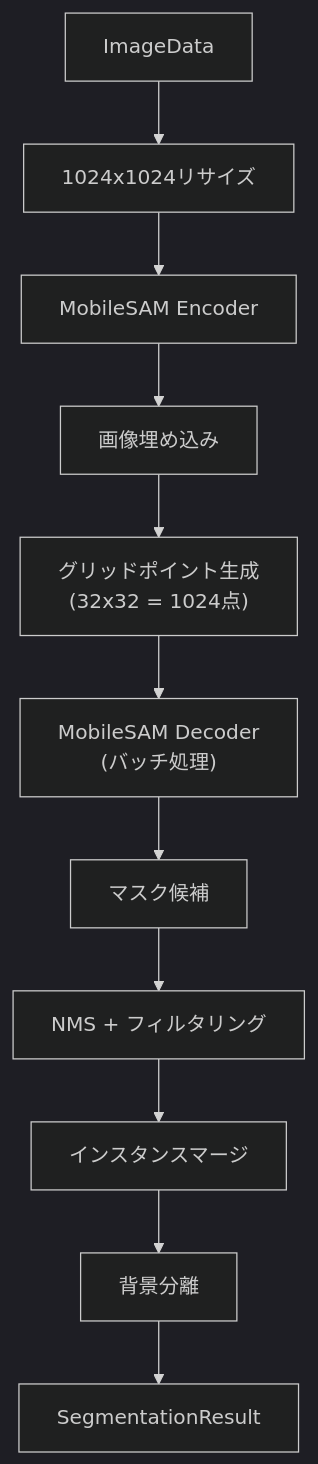
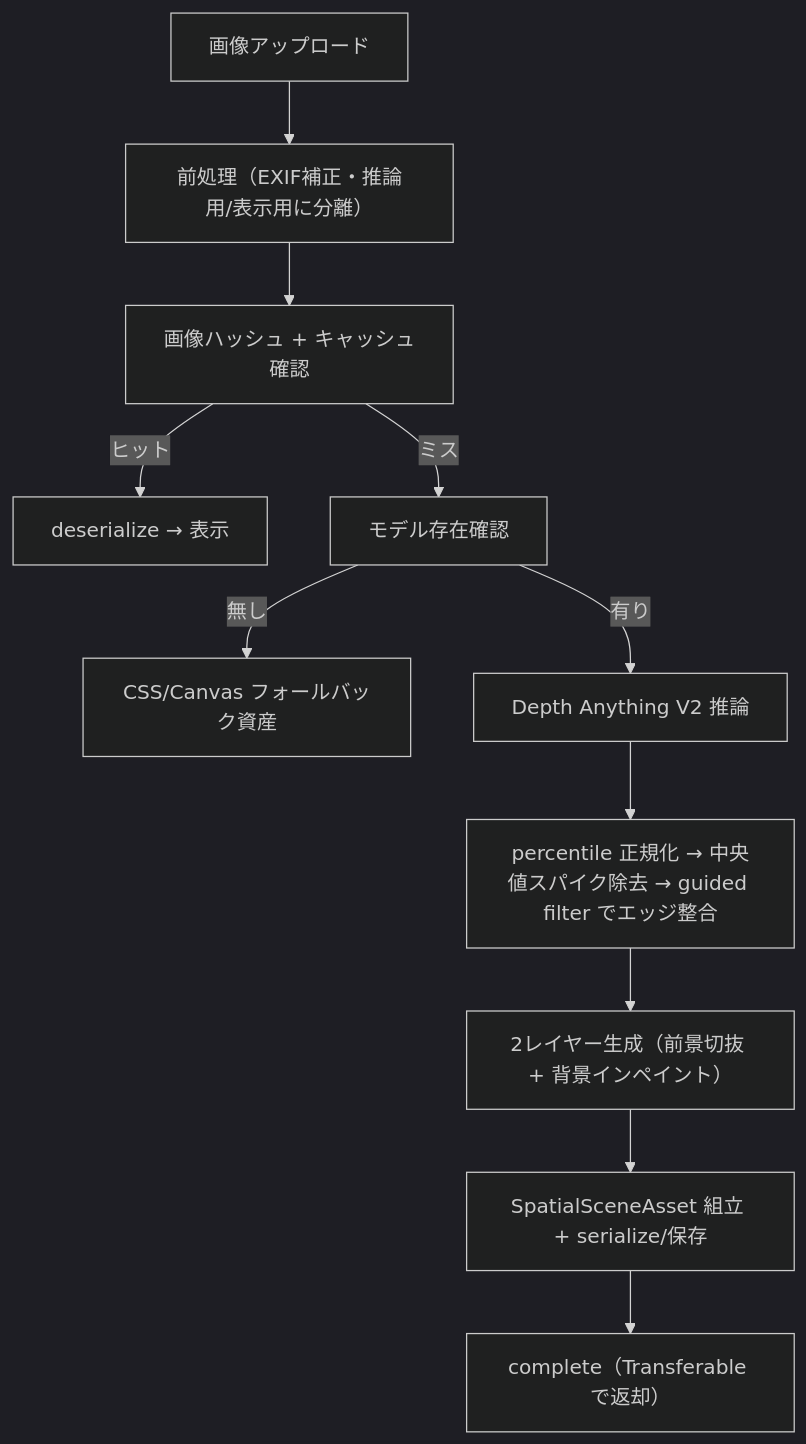
Before and after one commit to antaku66/parallax-image-generator: the first of 3 diagrams in docs/03-Pipeline.md, drawn with Mermaid. The commit also changed other lines of this file and 11 other files, not shown here.

````diff
--- a/docs/03-Pipeline.md
+++ b/docs/03-Pipeline.md
@@ -114,14 +7,14 @@
 ```mermaid
-%%{init: {'theme': 'dark'}}%%
+%%{init: {'theme':'dark'}}%%
 flowchart TD
-    A["ImageData"] --> B["1024x1024リサイズ"]
-    B --> C["MobileSAM Encoder"]
-    C --> D["画像埋め込み"]
-    D --> E["グリッドポイント生成<br/>(32x32 = 1024点)"]
-    E --> F["MobileSAM Decoder<br/>(バッチ処理)"]
-    F --> G["マスク候補"]
-    G --> H["NMS + フィルタリング"]
-    H --> I["インスタンスマージ"]
-    I --> J["背景分離"]
-    J --> K["SegmentationResult"]
+    A["画像アップロード"] --> B["前処理（EXIF補正・推論用/表示用に分離）"]
+    B --> H["画像ハッシュ + キャッシュ確認"]
+    H -->|ヒット| Z["deserialize → 表示"]
+    H -->|ミス| C["モデル存在確認"]
+    C -->|無し| F["CSS/Canvas フォールバック資産"]
+    C -->|有り| D["Depth Anything V2 推論"]
+    D --> E["percentile 正規化 → 中央値スパイク除去 → guided filter でエッジ整合"]
+    E --> G["2レイヤー生成（前景切抜 + 背景インペイント）"]
+    G --> J["SpatialSceneAsset 組立 + serialize/保存"]
+    J --> K["complete（Transferable で返却）"]
 ```
````
